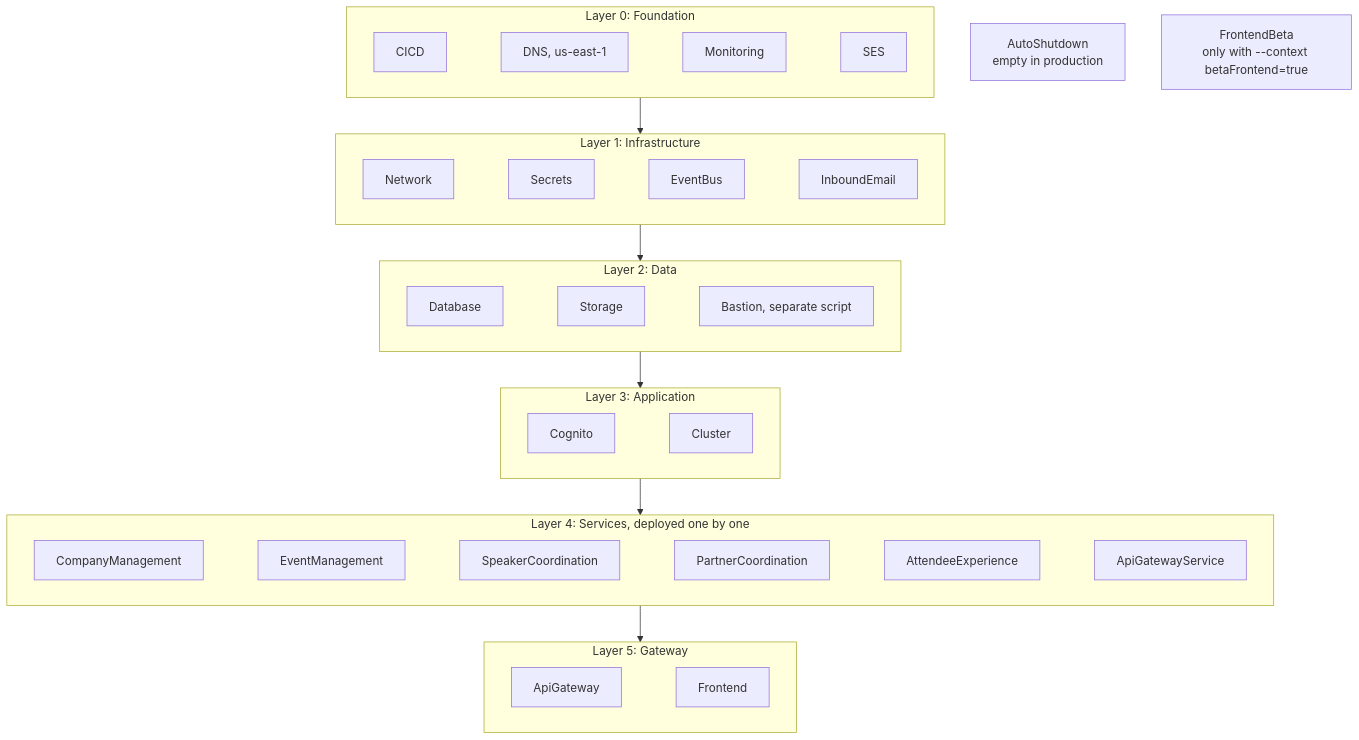
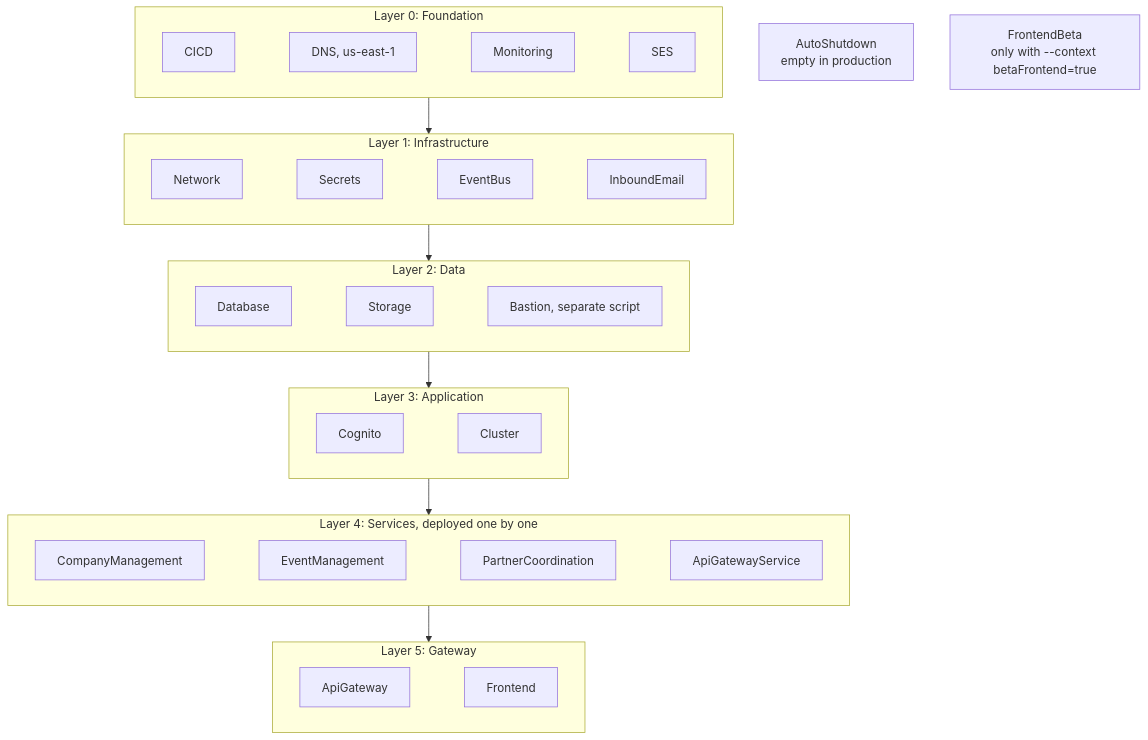
One commit to nissimbuchs/BATbern2 changed the third of 26 diagrams in docs/architecture/02-infrastructure-deployment.md. Above: the diagram before and after it, drawn with Mermaid. The commit also changed other lines of this file and 100 other files, not shown here.

First line of the commit message:
refactor(infra): remove the dormant speaker-coordination and attendee-experience services (Story 17.2 part A)

````diff
--- a/docs/architecture/02-infrastructure-deployment.md
+++ b/docs/architecture/02-infrastructure-deployment.md
@@ -84,25 +86,25 @@
 ```mermaid
 graph TB
     subgraph L0["Layer 0: Foundation"]
         CICD[CICD] ~~~ DNS["DNS, us-east-1"] ~~~ MON[Monitoring] ~~~ SES[SES]
     end
     subgraph L1["Layer 1: Infrastructure"]
         NET[Network] ~~~ SEC[Secrets] ~~~ BUS[EventBus] ~~~ IN[InboundEmail]
     end
     subgraph L2["Layer 2: Data"]
         DB[Database] ~~~ STO[Storage] ~~~ BAS["Bastion, separate script"]
     end
     subgraph L3["Layer 3: Application"]
         COG[Cognito] ~~~ CLU[Cluster]
     end
     subgraph L4["Layer 4: Services, deployed one by one"]
-        CM[CompanyManagement] ~~~ EM[EventManagement] ~~~ SC[SpeakerCoordination] ~~~ PC[PartnerCoordination] ~~~ AE[AttendeeExperience] ~~~ GWS[ApiGatewayService]
+        CM[CompanyManagement] ~~~ EM[EventManagement] ~~~ PC[PartnerCoordination] ~~~ GWS[ApiGatewayService]
     end
     subgraph L5["Layer 5: Gateway"]
         API[ApiGateway] ~~~ FE[Frontend]
     end
     L0 --> L1 --> L2 --> L3 --> L4 --> L5
 
     AS["AutoShutdown<br/>empty in production"]
     BETA["FrontendBeta<br/>only with --context betaFrontend=true"]
 ```
````
